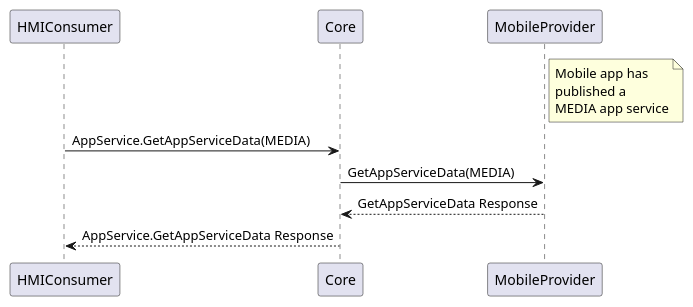
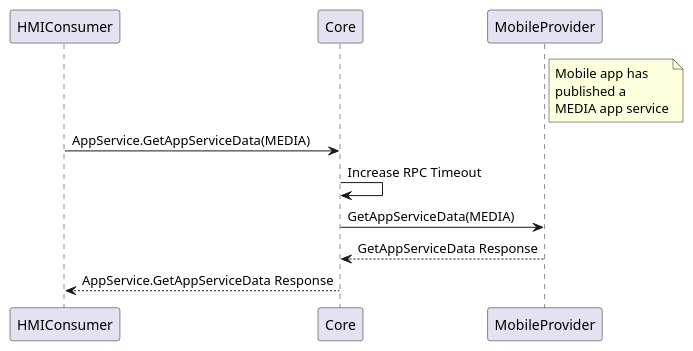
The diagram in docs/AppService/GetAppServiceData/assets/GetAppServiceData_HMI_ASC.puml (smartdevicelink/sdl_hmi_integration_guidelines), drawn with PlantUML before and after one commit. The commit also changed 5 other files, not shown here.

Commit message:
fixed UML diagrams and modified descriptions for certain RPCs

```diff
--- a/docs/AppService/GetAppServiceData/assets/GetAppServiceData_HMI_ASC.puml
+++ b/docs/AppService/GetAppServiceData/assets/GetAppServiceData_HMI_ASC.puml
@@ -1,13 +1,14 @@
 @startuml GetAppServiceData_HMI_ASC
 participant HMIConsumer
 participant Core
 participant MobileProvider
 
 note right of MobileProvider: Mobile app has\npublished a\nMEDIA app service
 
 HMIConsumer -> Core: AppService.GetAppServiceData(MEDIA)
+Core -> Core : Increase RPC Timeout
 Core -> MobileProvider: GetAppServiceData(MEDIA)
 MobileProvider --> Core: GetAppServiceData Response
 Core --> HMIConsumer: AppService.GetAppServiceData Response
 
 @enduml
```
